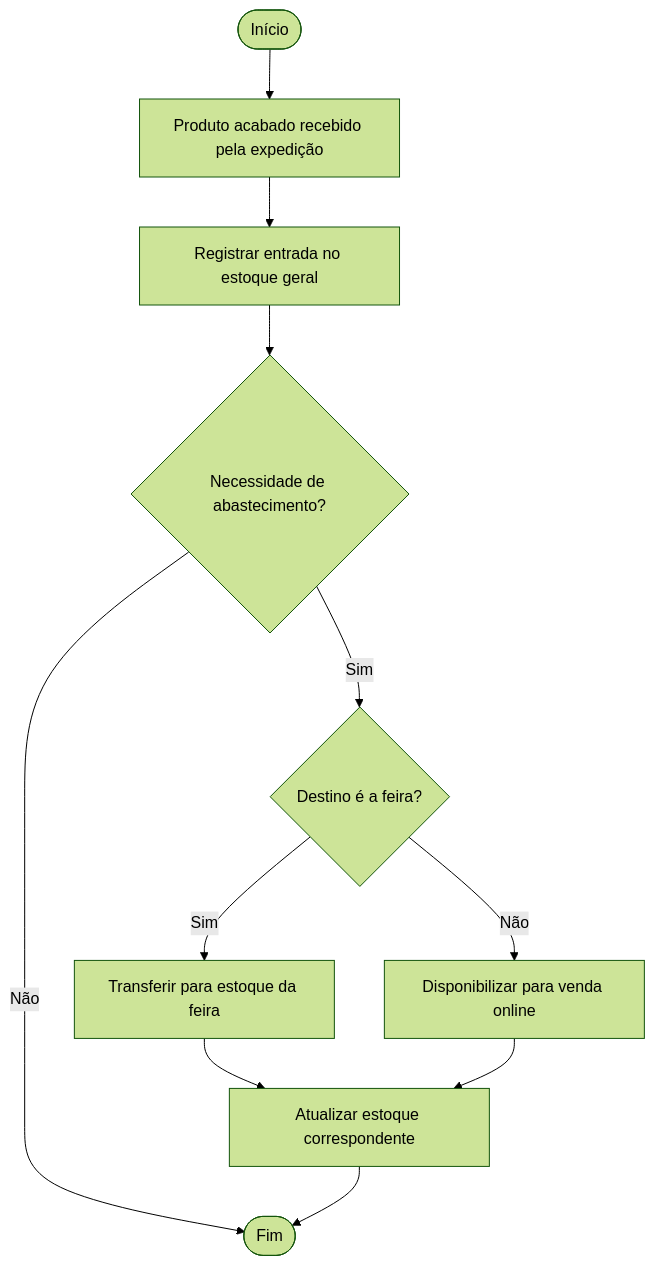
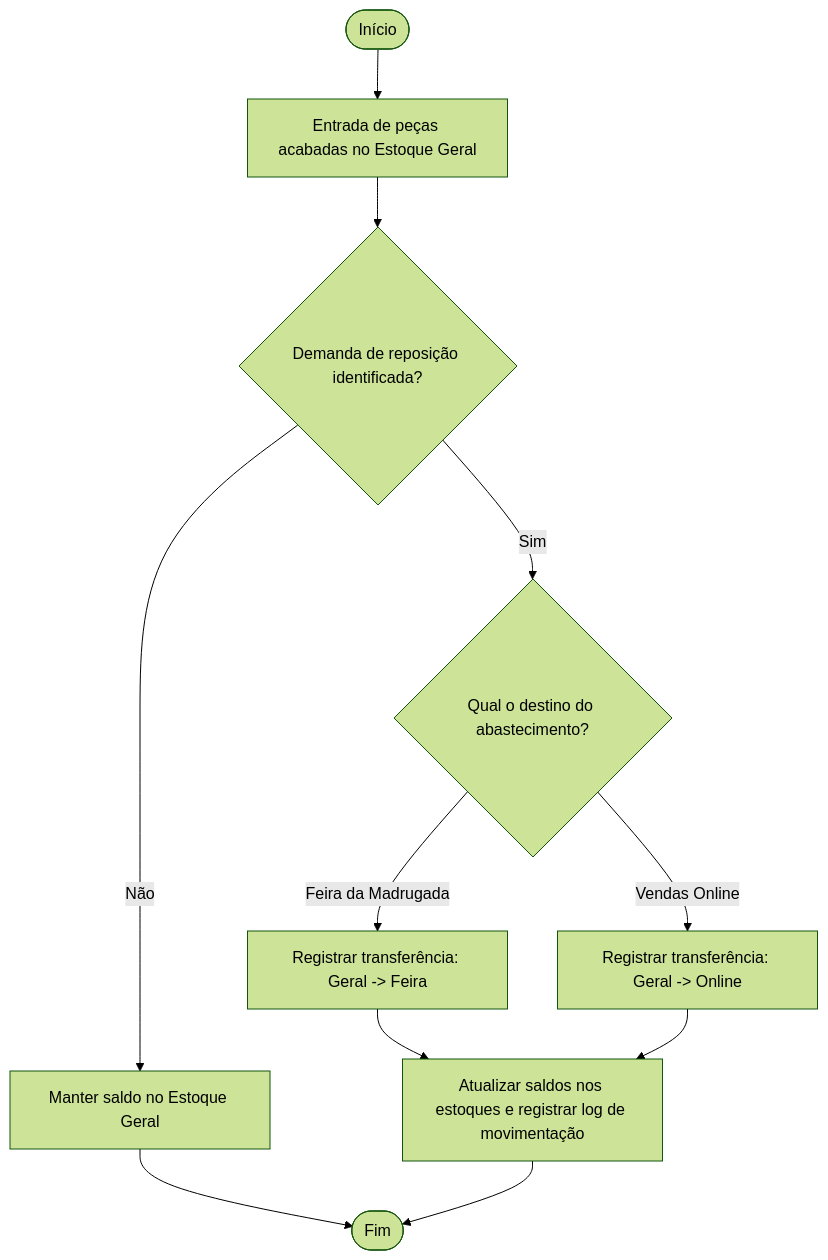
The second of 12 diagrams in README.md (FortesLucas208/DataBaseActivity), drawn with Mermaid (forest theme) before and after one commit. The commit also changed other lines of this file, not shown here.

````diff
--- a/README.md
+++ b/README.md
@@ -135,13 +174,13 @@
 ```mermaid
-  flowchart TD
-    A([Início]) --> B[Produto acabado recebido pela expedição]
-    B --> C[Registrar entrada no estoque geral]
-    C --> D{Necessidade de abastecimento?}
-    D -- Não --> E([Fim])
-    D -- Sim --> F{Destino é a feira?}
-    F -- Sim --> G[Transferir para estoque da feira]
-    F -- Não --> H[Disponibilizar para venda online]
-    G --> I[Atualizar estoque correspondente]
-    H --> I
-    I --> E
+flowchart TD
+    A([Início]) --> B[Entrada de peças acabadas no Estoque Geral]
+    B --> C{Demanda de reposição identificada?}
+    C -- Não --> D[Manter saldo no Estoque Geral]
+    D --> Z([Fim])
+    C -- Sim --> E{Qual o destino do abastecimento?}
+    E -- Feira da Madrugada --> F[Registrar transferência: Geral -> Feira]
+    E -- Vendas Online --> G[Registrar transferência: Geral -> Online]
+    F --> H[Atualizar saldos nos estoques e registrar log de movimentação]
+    G --> H
+    H --> Z
 ```
````
